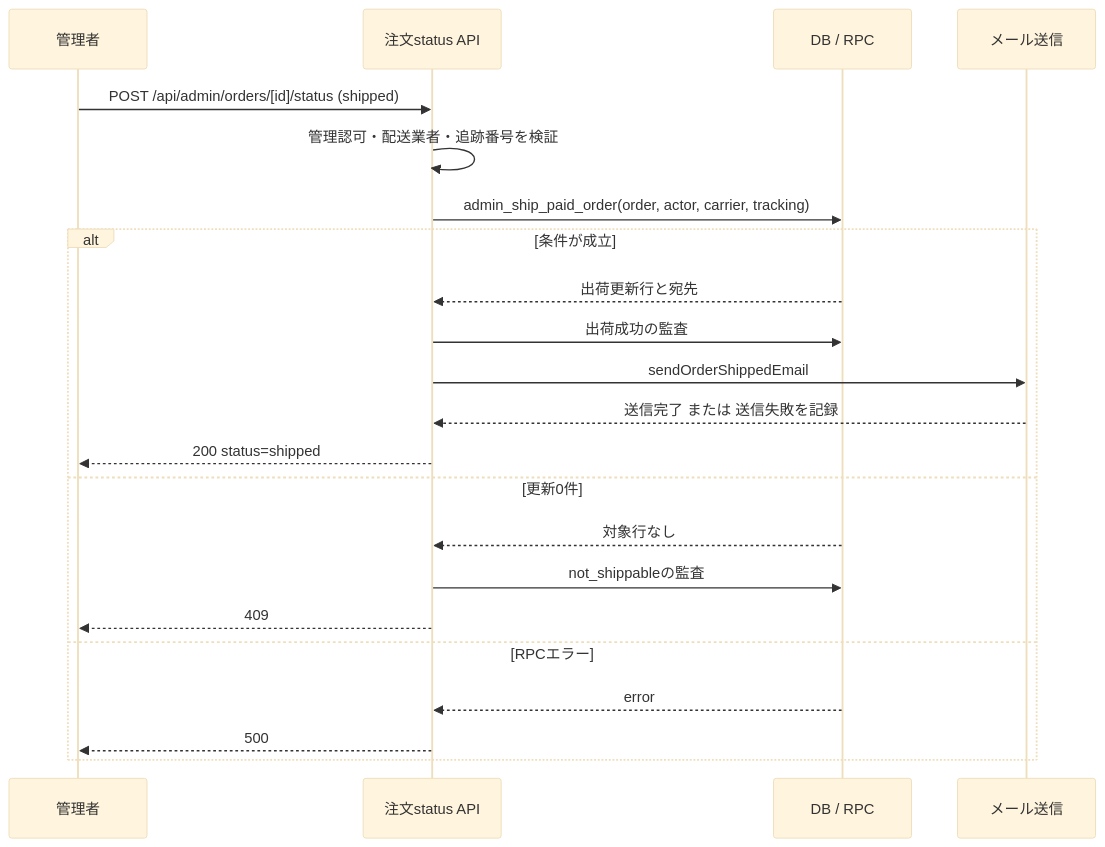
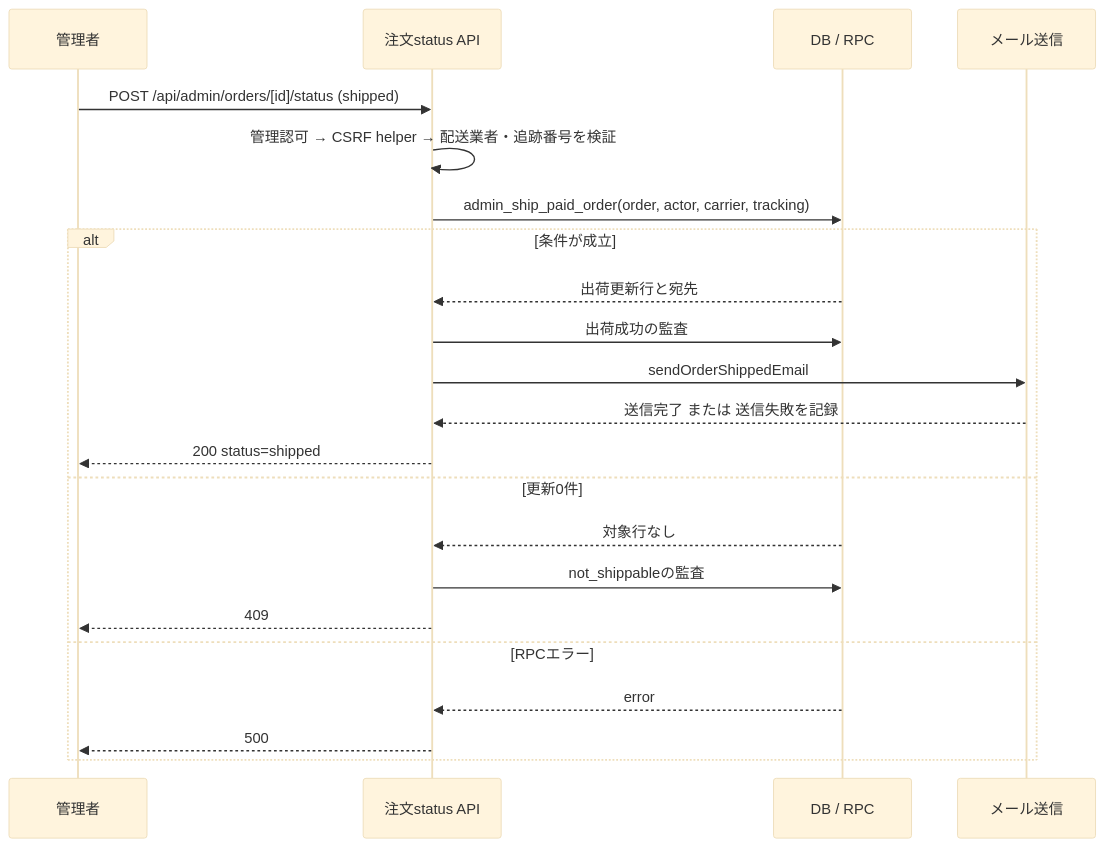
The second of 5 diagrams in docs/04_DetailDesign/sequence/order-administration.md (ChocoWork/o_official), drawn with Mermaid (base theme) before and after one commit. The commit also changed other lines of this file and 1 other file, not shown here.

````diff
--- a/docs/04_DetailDesign/sequence/order-administration.md
+++ b/docs/04_DetailDesign/sequence/order-administration.md
@@ -96,24 +98,24 @@
 ```mermaid
 sequenceDiagram
     participant Admin as 管理者
     participant API as 注文status API
     participant DB as DB / RPC
     participant Mail as メール送信
     Admin->>API: POST /api/admin/orders/[id]/status (shipped)
-    API->>API: 管理認可・配送業者・追跡番号を検証
+    API->>API: 管理認可 → CSRF helper → 配送業者・追跡番号を検証
     API->>DB: admin_ship_paid_order(order, actor, carrier, tracking)
     alt 条件が成立
         DB-->>API: 出荷更新行と宛先
         API->>DB: 出荷成功の監査
         API->>Mail: sendOrderShippedEmail
         Mail-->>API: 送信完了 または 送信失敗を記録
         API-->>Admin: 200 status=shipped
     else 更新0件
         DB-->>API: 対象行なし
         API->>DB: not_shippableの監査
         API-->>Admin: 409
     else RPCエラー
         DB-->>API: error
         API-->>Admin: 500
     end
 ```
````
